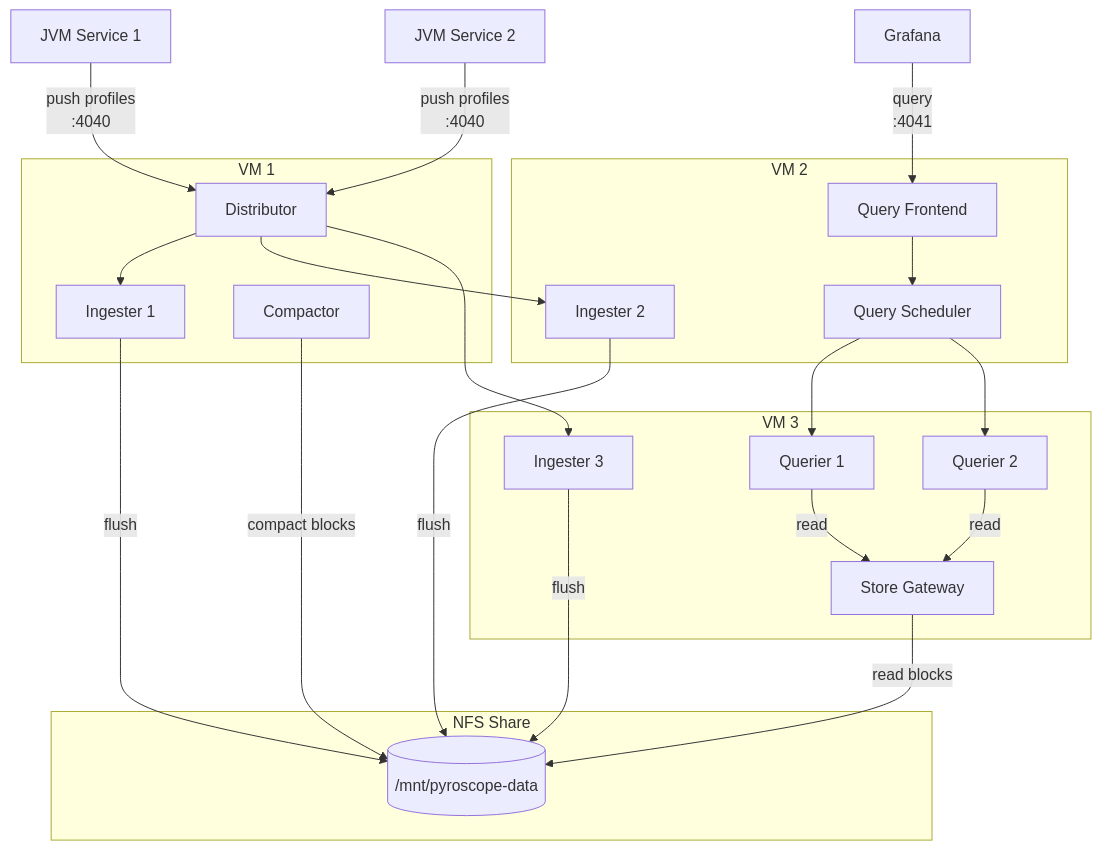
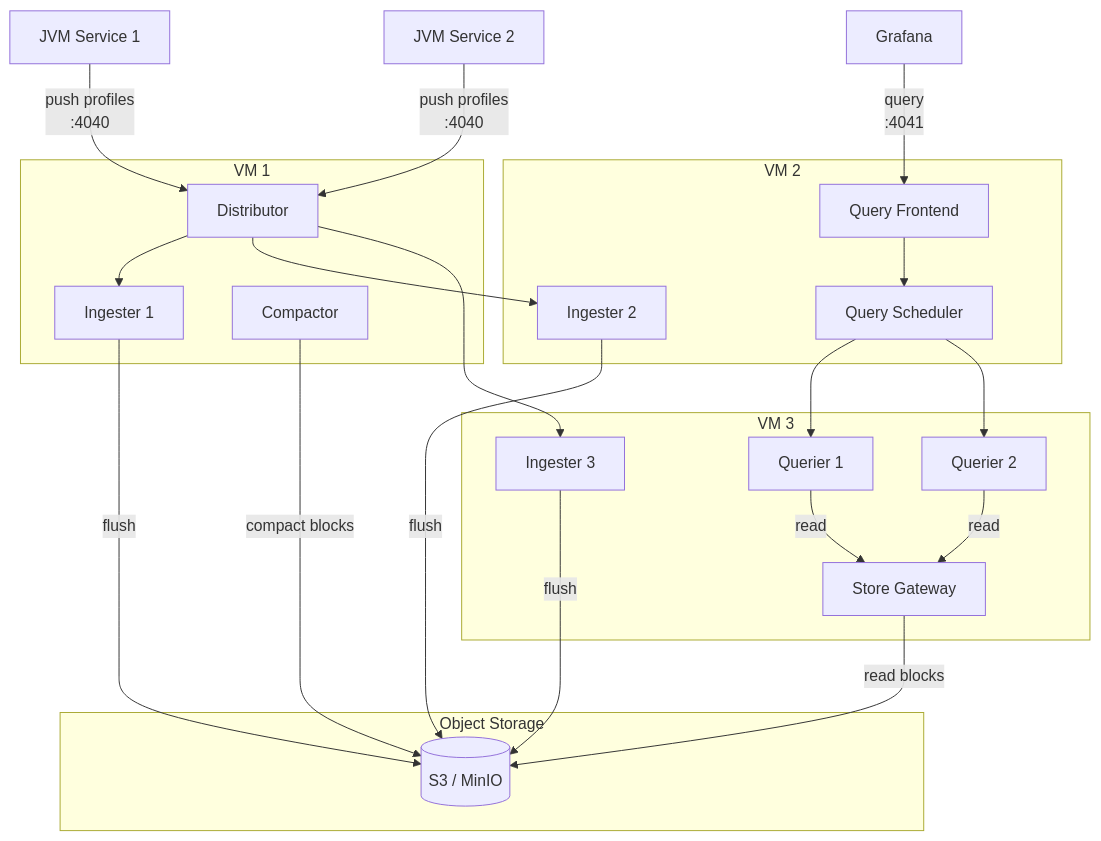
One commit to aff0gat000/pyroscope changed the first of 2 diagrams in deploy/microservices/vm/README.md. Above: the diagram before and after it, drawn with Mermaid. The commit also changed other lines of this file and 26 other files, not shown here.

First line of the commit message:
Replace block storage with S3-compatible object storage across all docs and configs

````diff
--- a/deploy/microservices/vm/README.md
+++ b/deploy/microservices/vm/README.md
@@ -7,43 +7,43 @@
 ```mermaid
 graph TB
     JVM1[JVM Service 1] -->|push profiles<br/>:4040| DIST
     JVM2[JVM Service 2] -->|push profiles<br/>:4040| DIST
     G[Grafana] -->|query<br/>:4041| QF
 
     subgraph VM 1
         DIST[Distributor]
         ING1[Ingester 1]
         C[Compactor]
     end
 
     subgraph VM 2
         ING2[Ingester 2]
         QF[Query Frontend]
         QS[Query Scheduler]
     end
 
     subgraph VM 3
         ING3[Ingester 3]
         Q1[Querier 1]
         Q2[Querier 2]
         SG[Store Gateway]
     end
 
-    subgraph NFS Share
-        NFS[("/mnt/pyroscope-data")]
+    subgraph Object Storage
+        S3[("S3 / MinIO")]
     end
 
     DIST --> ING1
     DIST --> ING2
     DIST --> ING3
-    ING1 -->|flush| NFS
-    ING2 -->|flush| NFS
-    ING3 -->|flush| NFS
+    ING1 -->|flush| S3
+    ING2 -->|flush| S3
+    ING3 -->|flush| S3
     Q1 -->|read| SG
     Q2 -->|read| SG
-    SG -->|read blocks| NFS
-    C -->|compact blocks| NFS
+    SG -->|read blocks| S3
+    C -->|compact blocks| S3
     QF --> QS
     QS --> Q1
     QS --> Q2
 ```
````
